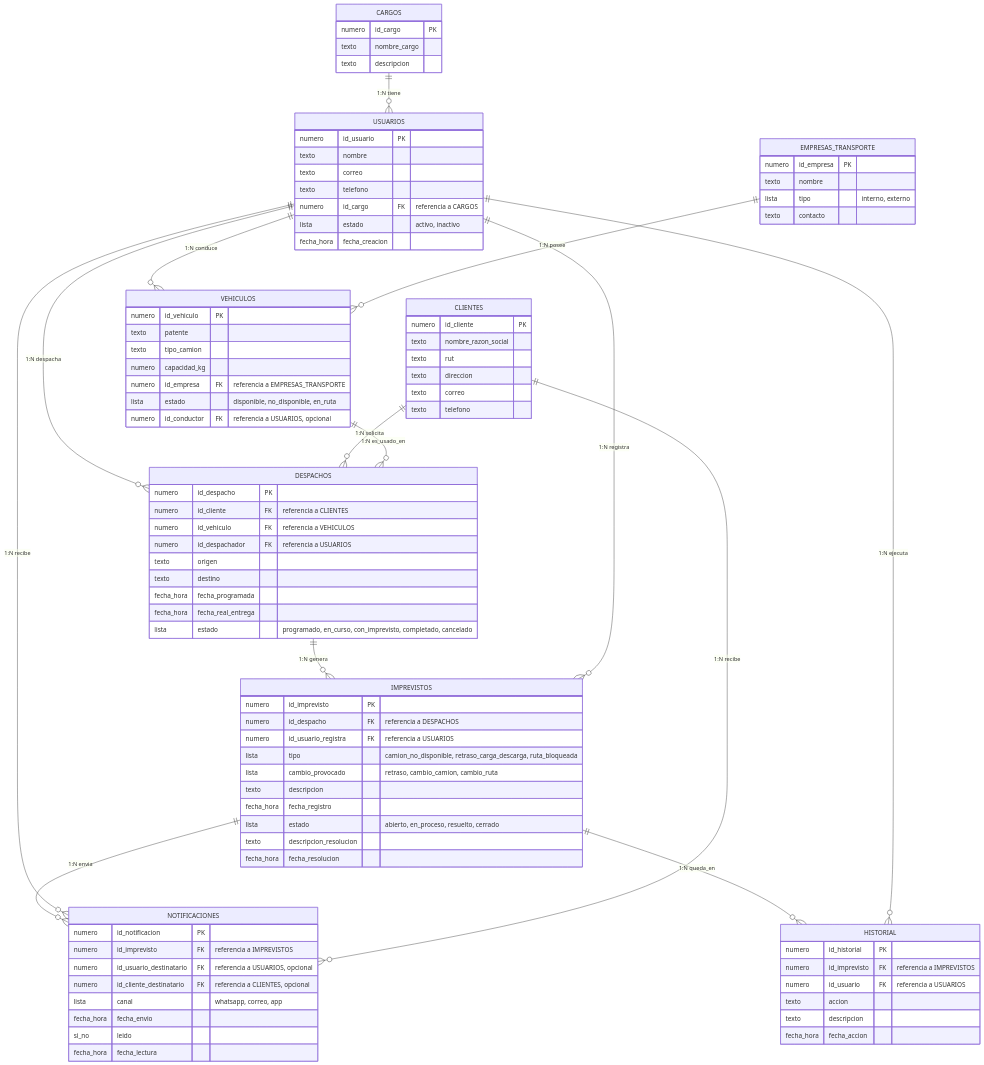
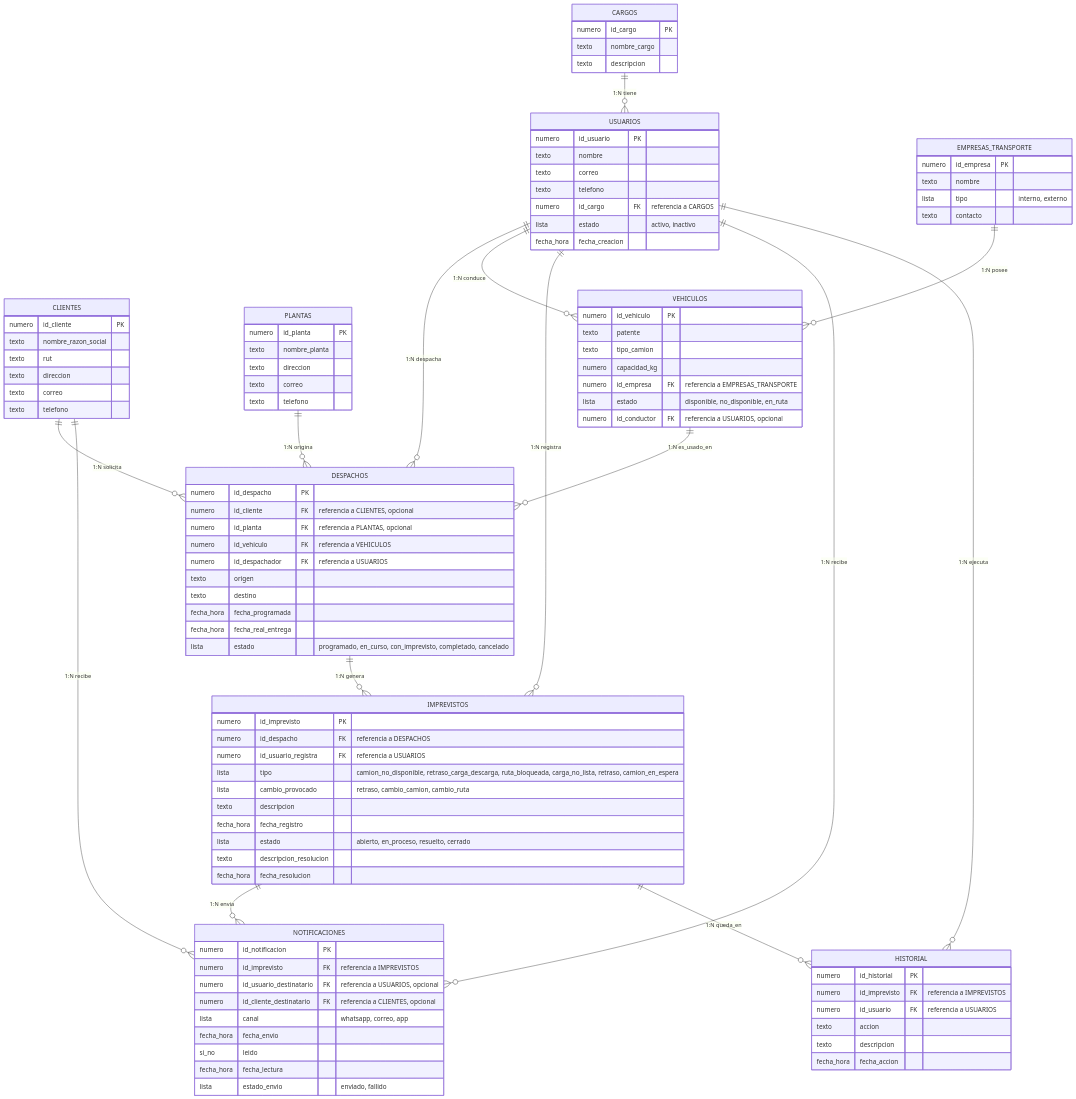
Before and after one commit to macarenavaldiviesoc/Grupo_4: the diagram in docs/datos/estructura_datos.md, drawn with Mermaid. The commit also changed other lines of this file and 7 other files, not shown here.

```diff
--- a/docs/datos/estructura_datos.md
+++ b/docs/datos/estructura_datos.md
@@ -42,6 +46,14 @@
         texto telefono
     }
 
+    PLANTAS {
+        numero id_planta PK
+        texto nombre_planta
+        texto direccion
+        texto correo
+        texto telefono
+    }
+
     EMPRESAS_TRANSPORTE {
         numero id_empresa PK
         texto nombre
@@ -61,7 +73,8 @@
 
     DESPACHOS {
         numero id_despacho PK
-        numero id_cliente FK "referencia a CLIENTES"
+        numero id_cliente FK "referencia a CLIENTES, opcional"
+        numero id_planta FK "referencia a PLANTAS, opcional"
         numero id_vehiculo FK "referencia a VEHICULOS"
         numero id_despachador FK "referencia a USUARIOS"
         texto origen
@@ -75,7 +88,7 @@
         numero id_imprevisto PK
         numero id_despacho FK "referencia a DESPACHOS"
         numero id_usuario_registra FK "referencia a USUARIOS"
-        lista tipo "camion_no_disponible, retraso_carga_descarga, ruta_bloqueada"
+        lista tipo "camion_no_disponible, retraso_carga_descarga, ruta_bloqueada, carga_no_lista, retraso, camion_en_espera"
         lista cambio_provocado "retraso, cambio_camion, cambio_ruta"
         texto descripcion
         fecha_hora fecha_registro
@@ -93,6 +106,7 @@
         fecha_hora fecha_envio
         si_no leido
         fecha_hora fecha_lectura
+        lista estado_envio "enviado, fallido"
     }
 
     HISTORIAL {
@@ -109,6 +123,7 @@
     USUARIOS ||--o{ VEHICULOS : "1:N conduce"
     EMPRESAS_TRANSPORTE ||--o{ VEHICULOS : "1:N posee"
     CLIENTES ||--o{ DESPACHOS : "1:N solicita"
+    PLANTAS ||--o{ DESPACHOS : "1:N origina"
     VEHICULOS ||--o{ DESPACHOS : "1:N es_usado_en"
     DESPACHOS ||--o{ IMPREVISTOS : "1:N genera"
     USUARIOS ||--o{ IMPREVISTOS : "1:N registra"
```
